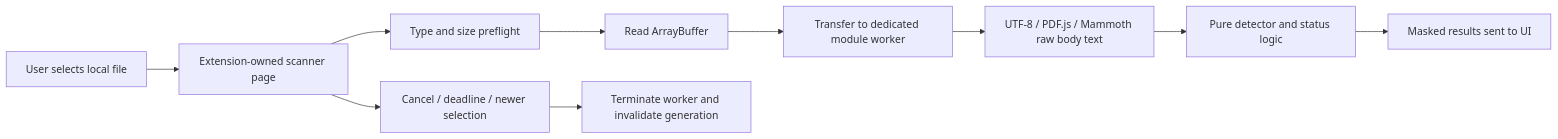
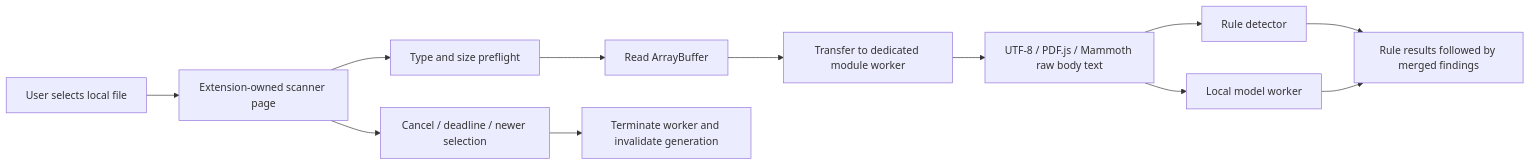
Before and after one commit to zaeem886/promptcheck: the second of 2 diagrams in docs/ARCHITECTURE.md, drawn with Mermaid. The commit also changed other lines of this file and 48 other files, not shown here.

````diff
--- a/docs/ARCHITECTURE.md
+++ b/docs/ARCHITECTURE.md
@@ -33,12 +35,14 @@
 ```mermaid
 flowchart LR
   F[User selects local file] --> U[Extension-owned scanner page]
   U --> L[Type and size preflight]
   L --> B[Read ArrayBuffer]
   B --> T[Transfer to dedicated module worker]
   T --> X[UTF-8 / PDF.js / Mammoth raw body text]
-  X --> P[Pure detector and status logic]
-  P --> R[Masked results sent to UI]
+  X --> P[Rule detector]
+  X --> I[Local model worker]
+  P --> R[Rule results followed by merged findings]
+  I --> R
   U --> C[Cancel / deadline / newer selection]
   C --> Z[Terminate worker and invalidate generation]
 ```
````
